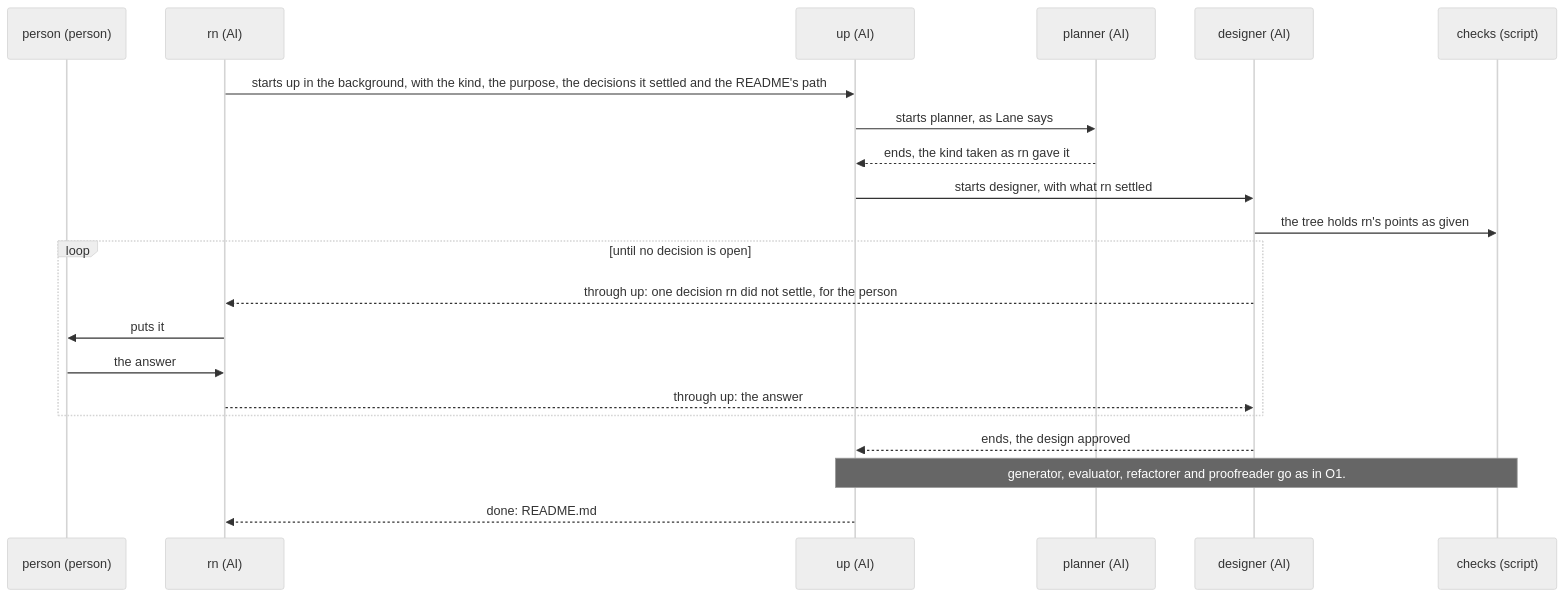
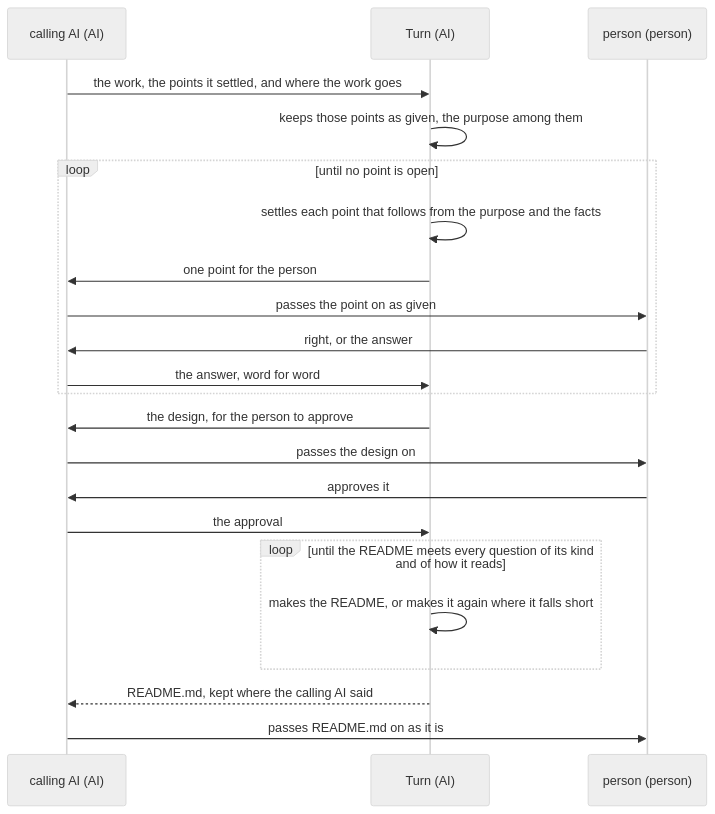
Before and after one commit to lovaizu/ccpm: the second of 2 diagrams in dev/turn/ux.md, drawn with Mermaid (neutral theme). The commit also changed other lines of this file and 2 other files, not shown here.

````diff
--- a/dev/turn/ux.md
+++ b/dev/turn/ux.md
@@ -164,23 +95,24 @@
 ```mermaid
 sequenceDiagram
+  participant C as calling AI (AI)
+  participant T as Turn (AI)
   participant P as person (person)
-  participant N as rn (AI)
-  participant U as up (AI)
-  participant PL as planner (AI)
-  participant D as designer (AI)
-  participant C as checks (script)
-  N->>U: starts up in the background, with the kind, the purpose, the decisions it settled and the README's path
-  U->>PL: starts planner, as Lane says
-  PL-->>U: ends, the kind taken as rn gave it
-  U->>D: starts designer, with what rn settled
-  D->>C: the tree holds rn's points as given
-  loop until no decision is open
-    D-->>N: through up: one decision rn did not settle, for the person
-    N->>P: puts it
-    P->>N: the answer
-    N-->>D: through up: the answer
+  C->>T: the work, the points it settled, and where the work goes
+  T->>T: keeps those points as given, the purpose among them
+  loop until no point is open
+    T->>T: settles each point that follows from the purpose and the facts
+    T->>C: one point for the person
+    C->>P: passes the point on as given
+    P->>C: right, or the answer
+    C->>T: the answer, word for word
   end
-  D-->>U: ends, the design approved
-  Note over U,C: generator, evaluator, refactorer and proofreader go as in O1.
-  U-->>N: done: README.md
+  T->>C: the design, for the person to approve
+  C->>P: passes the design on
+  P->>C: approves it
+  C->>T: the approval
+  loop until the README meets every question of its kind and of how it reads
+    T->>T: makes the README, or makes it again where it falls short
+  end
+  T-->>C: README.md, kept where the calling AI said
+  C->>P: passes README.md on as it is
 ```
````
